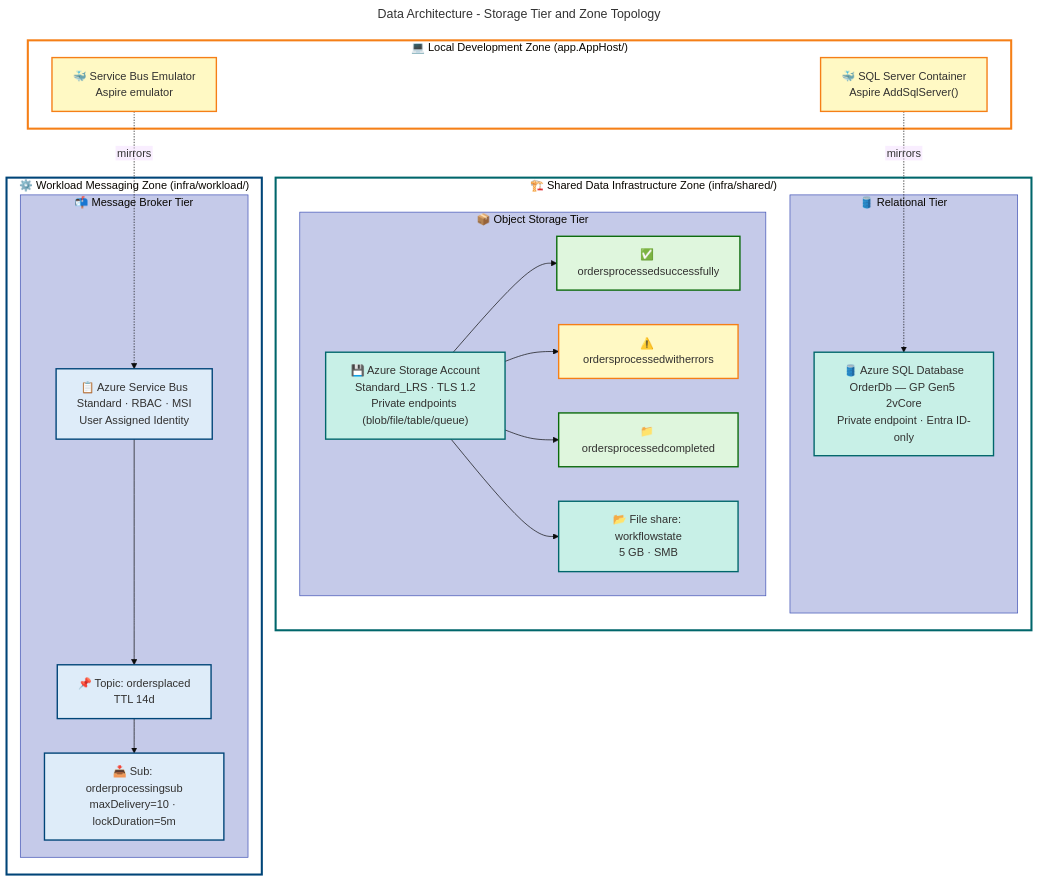
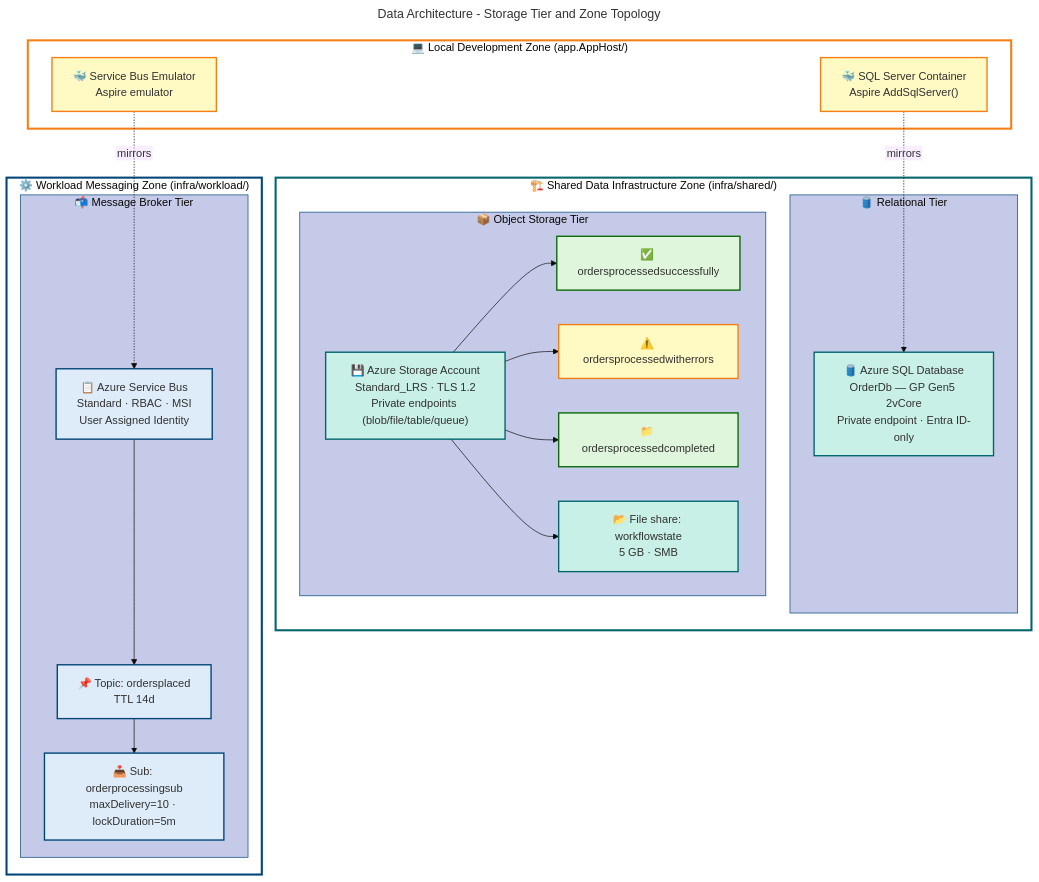
The first of 4 diagrams in docs/architecture/Data-Layer-Architecture.md (Evilazaro/Azure-LogicApps-Monitoring), drawn with Mermaid before and after one commit. The commit also changed other lines of this file and 3 other files, not shown here.

Commit message:
docs: update neutral grey color definitions in architecture diagrams for improved consistency

````diff
--- a/docs/architecture/Data-Layer-Architecture.md
+++ b/docs/architecture/Data-Layer-Architecture.md
@@ -187,73 +187,73 @@
 ```mermaid
 ---
 title: Data Architecture - Storage Tier and Zone Topology
 config:
   theme: base
   themeVariables:
     fontSize: '16px'
   flowchart:
     htmlLabels: false
 ---
 flowchart TB
     accTitle: Data Architecture Storage Tier and Zone Topology
     accDescr: Shows the three-tier storage architecture with data zones, network isolation, and governance controls
 
     %% ═══════════════════════════════════════════════════════════════════════════
     %% AZURE / FLUENT ARCHITECTURE PATTERN v1.1
     %% (Semantic + Structural + Font + Accessibility Governance)
     %% ═══════════════════════════════════════════════════════════════════════════
     %% PHASE 1 - STRUCTURAL: TB direction, 3 tiers, shared + workload zones
     %% PHASE 2 - SEMANTIC: 4 colors (azureBlue, presenceTeal, warningOrange, successGreen)
     %% PHASE 3 - FONT: Dark text #323130 on light backgrounds (WCAG AA)
     %% PHASE 4 - ACCESSIBILITY: accTitle/accDescr present, icons on all nodes
     %% PHASE 5 - STANDARD: v1.1 format, style directives for subgraphs
     %% ═══════════════════════════════════════════════════════════════════════════
 
     subgraph sharedInfra["🏗️ Shared Data Infrastructure Zone (infra/shared/)"]
         subgraph relational["🛢️ Relational Tier"]
             SQL["🛢️ Azure SQL Database\nOrderDb — GP Gen5 2vCore\nPrivate endpoint · Entra ID-only"]:::presenceTeal
         end
         subgraph objectStorage["📦 Object Storage Tier"]
             STORAGE["💾 Azure Storage Account\nStandard_LRS · TLS 1.2\nPrivate endpoints (blob/file/table/queue)"]:::presenceTeal
             BLOB_OK["✅ ordersprocessedsuccessfully"]:::successGreen
             BLOB_ERR["⚠️ ordersprocessedwitherrors"]:::warningOrange
             BLOB_DONE["📁 ordersprocessedcompleted"]:::successGreen
             FILESHARE["📂 File share: workflowstate\n5 GB · SMB"]:::presenceTeal
         end
         STORAGE --> BLOB_OK
         STORAGE --> BLOB_ERR
         STORAGE --> BLOB_DONE
         STORAGE --> FILESHARE
     end
 
     subgraph workloadInfra["⚙️ Workload Messaging Zone (infra/workload/)"]
         subgraph messaging["📬 Message Broker Tier"]
             SB["📋 Azure Service Bus\nStandard · RBAC · MSI\nUser Assigned Identity"]:::azureBlue
             TOPIC["📌 Topic: ordersplaced\nTTL 14d"]:::azureBlue
             SUB["📥 Sub: orderprocessingsub\nmaxDelivery=10 · lockDuration=5m"]:::azureBlue
         end
         SB --> TOPIC --> SUB
     end
 
     subgraph localDev["💻 Local Development Zone (app.AppHost/)"]
         SQL_LOCAL["🐳 SQL Server Container\nAspire AddSqlServer()"]:::warningOrange
         SB_LOCAL["🐳 Service Bus Emulator\nAspire emulator"]:::warningOrange
     end
 
     SQL_LOCAL -.->|"mirrors"| SQL
     SB_LOCAL -.->|"mirrors"| SB
 
     %% Centralized classDefs
     classDef azureBlue fill:#DEECF9,stroke:#004578,stroke-width:2px,color:#323130
     classDef presenceTeal fill:#C8F0E7,stroke:#00666B,stroke-width:2px,color:#323130
     classDef warningOrange fill:#FFF9C4,stroke:#F57F17,stroke-width:2px,color:#323130
     classDef successGreen fill:#DFF6DD,stroke:#0B6A0B,stroke-width:2px,color:#323130
 
     %% Centralized style directives for subgraphs
     style sharedInfra fill:#FFFFFF,stroke:#00666B,stroke-width:3px
     style workloadInfra fill:#FFFFFF,stroke:#004578,stroke-width:3px
     style localDev fill:#FFFFFF,stroke:#F57F17,stroke-width:3px
-    style relational fill:#C5CAE9,stroke:#3F51B5,stroke-width:1px
-    style objectStorage fill:#C5CAE9,stroke:#3F51B5,stroke-width:1px
-    style messaging fill:#C5CAE9,stroke:#3F51B5,stroke-width:1px
+    style relational fill:#C5CAE9,stroke:#004578,stroke-width:1px
+    style objectStorage fill:#C5CAE9,stroke:#004578,stroke-width:1px
+    style messaging fill:#C5CAE9,stroke:#004578,stroke-width:1px
 ```
````
